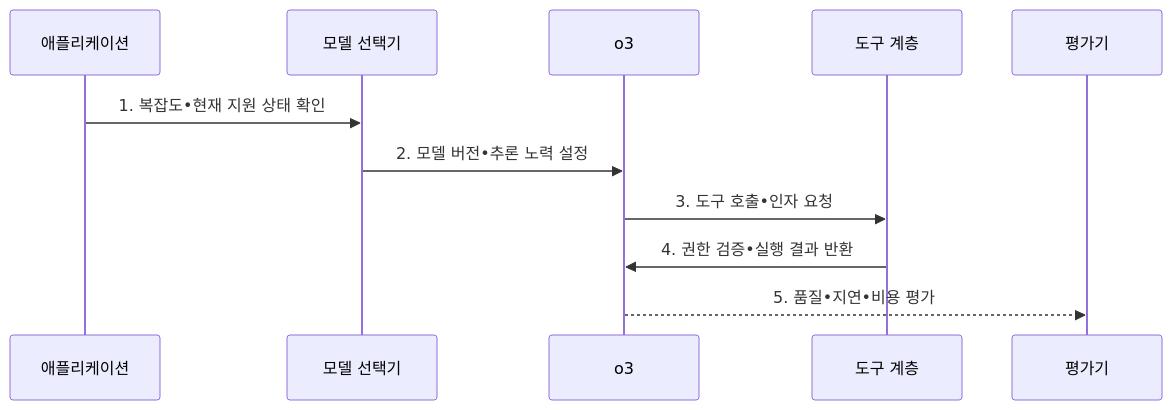
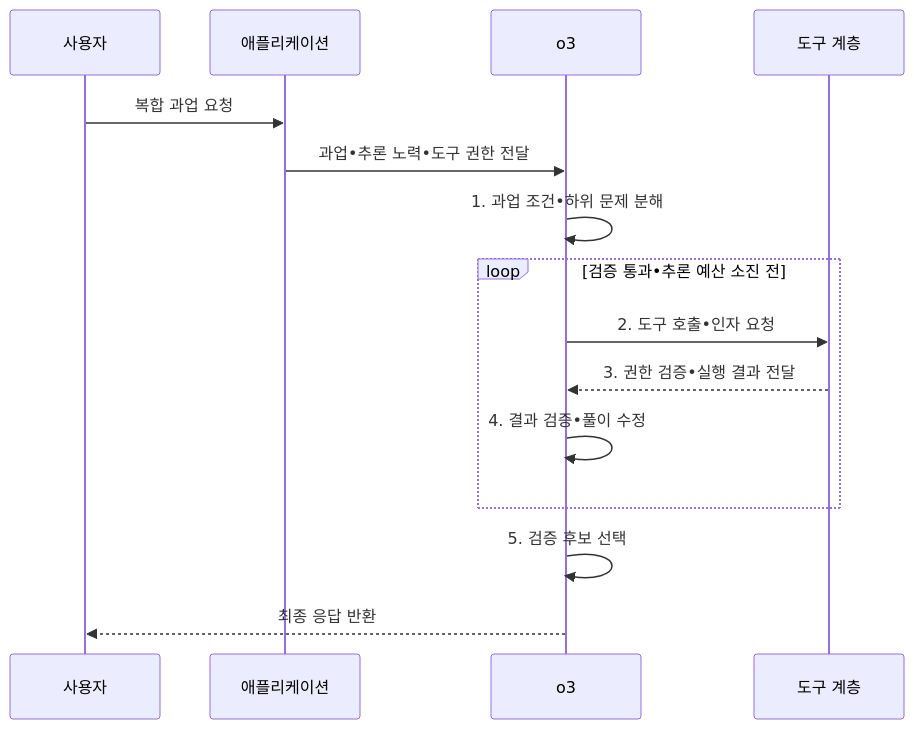
One commit to agnusdei1207/knowledge-base changed the second of 2 diagrams in src/content/docs/notes/08-latest-tech/042_o3_reasoning_model.md. Above: the diagram before and after it, drawn with Mermaid. The commit also changed other lines of this file and 15 other files, not shown here.

````diff
--- a/src/content/docs/notes/08-latest-tech/042_o3_reasoning_model.md
+++ b/src/content/docs/notes/08-latest-tech/042_o3_reasoning_model.md
@@ -102,13 +102,17 @@
 ```mermaid
 sequenceDiagram
+    participant U as 사용자
     participant A as 애플리케이션
-    participant M as 모델 선택기
     participant O as o3
     participant T as 도구 계층
-    participant E as 평가기
-    A->>M: 1. 복잡도•현재 지원 상태 확인
-    M->>O: 2. 모델 버전•추론 노력 설정
-    O->>T: 3. 도구 호출•인자 요청
-    T->>O: 4. 권한 검증•실행 결과 반환
-    O-->>E: 5. 품질•지연•비용 평가
+    U->>A: 복합 과업 요청
+    A->>O: 과업•추론 노력•도구 권한 전달
+    O->>O: 1. 과업 조건•하위 문제 분해
+    loop 검증 통과•추론 예산 소진 전
+        O->>T: 2. 도구 호출•인자 요청
+        T-->>O: 3. 권한 검증•실행 결과 전달
+        O->>O: 4. 결과 검증•풀이 수정
+    end
+    O->>O: 5. 검증 후보 선택
+    O-->>U: 최종 응답 반환
 ```
````
